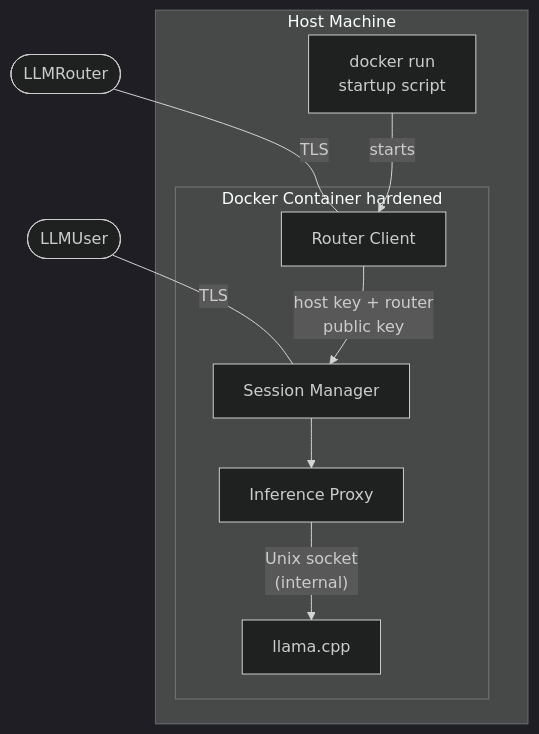
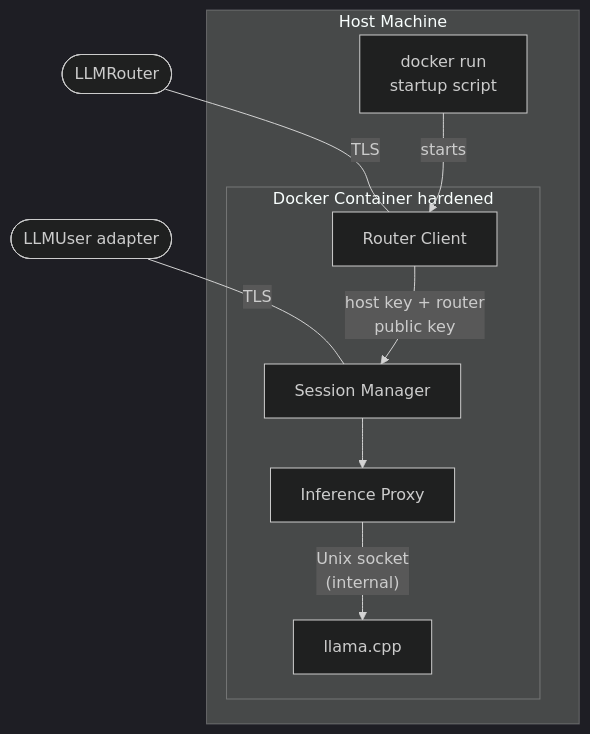
Before and after one commit to MartijnLammaing/ShareGrid: the first of 3 diagrams in docs/architecture_llmhost.md, drawn with Mermaid (dark theme). The commit also changed other lines of this file and 5 other files, not shown here.

First line of the commit message:
docs: add Phase 2 architecture and implementation plans

````diff
--- a/docs/architecture_llmhost.md
+++ b/docs/architecture_llmhost.md
@@ -21,21 +23,21 @@
 ```mermaid
 graph TB
     subgraph Host Machine
         ST[docker run\nstartup script]
 
         subgraph Docker Container hardened
             RC[Router Client]
             SM[Session Manager]
             IP[Inference Proxy]
             LLM[llama.cpp]
         end
     end
 
     R([LLMRouter]) -- "TLS" --- RC
-    U([LLMUser]) -- "TLS" --- SM
+    U([LLMUser adapter]) -- "TLS" --- SM
 
     RC -- "host key + router\npublic key" --> SM
     SM --> IP
     IP -- "Unix socket\n(internal)" --> LLM
     ST -- "starts" --> RC
 ```
````
